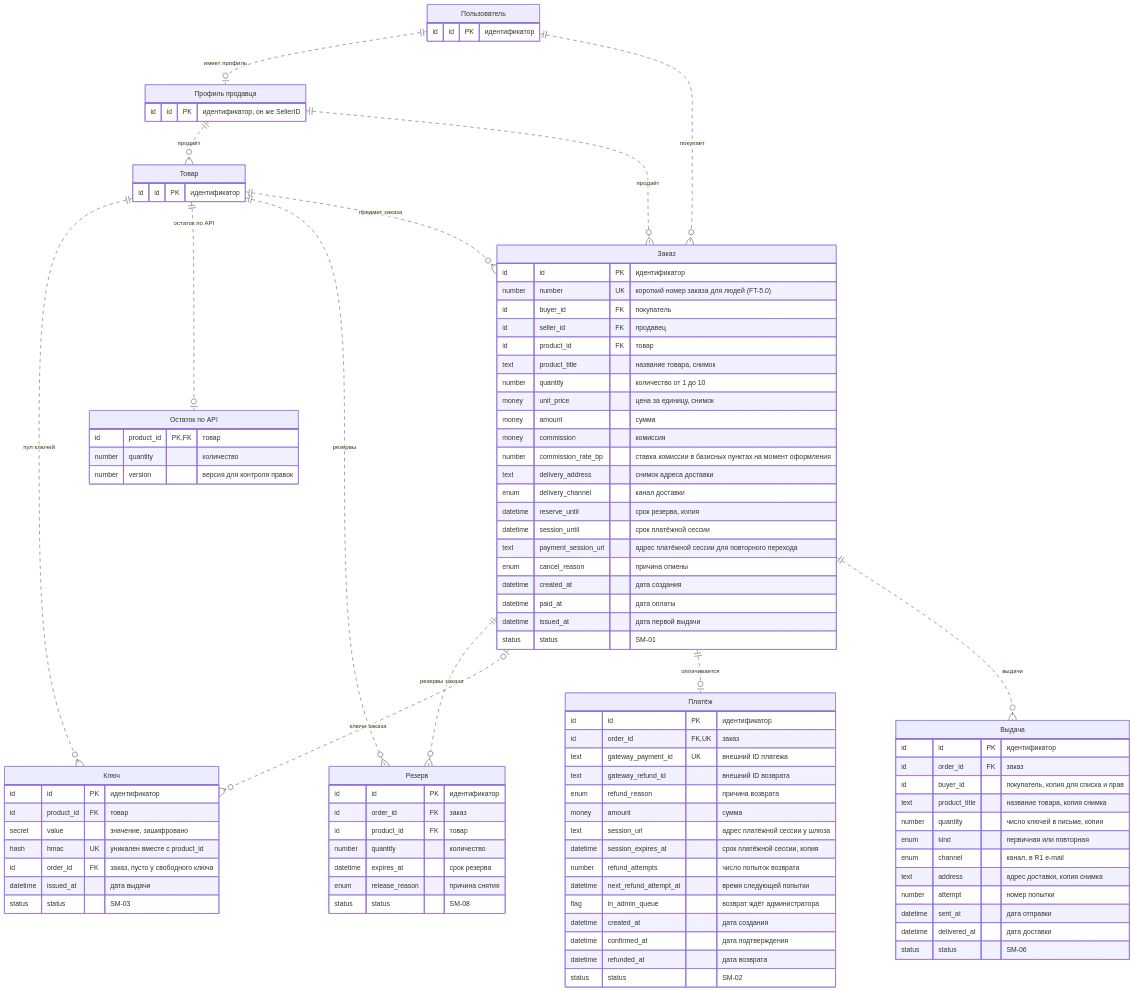
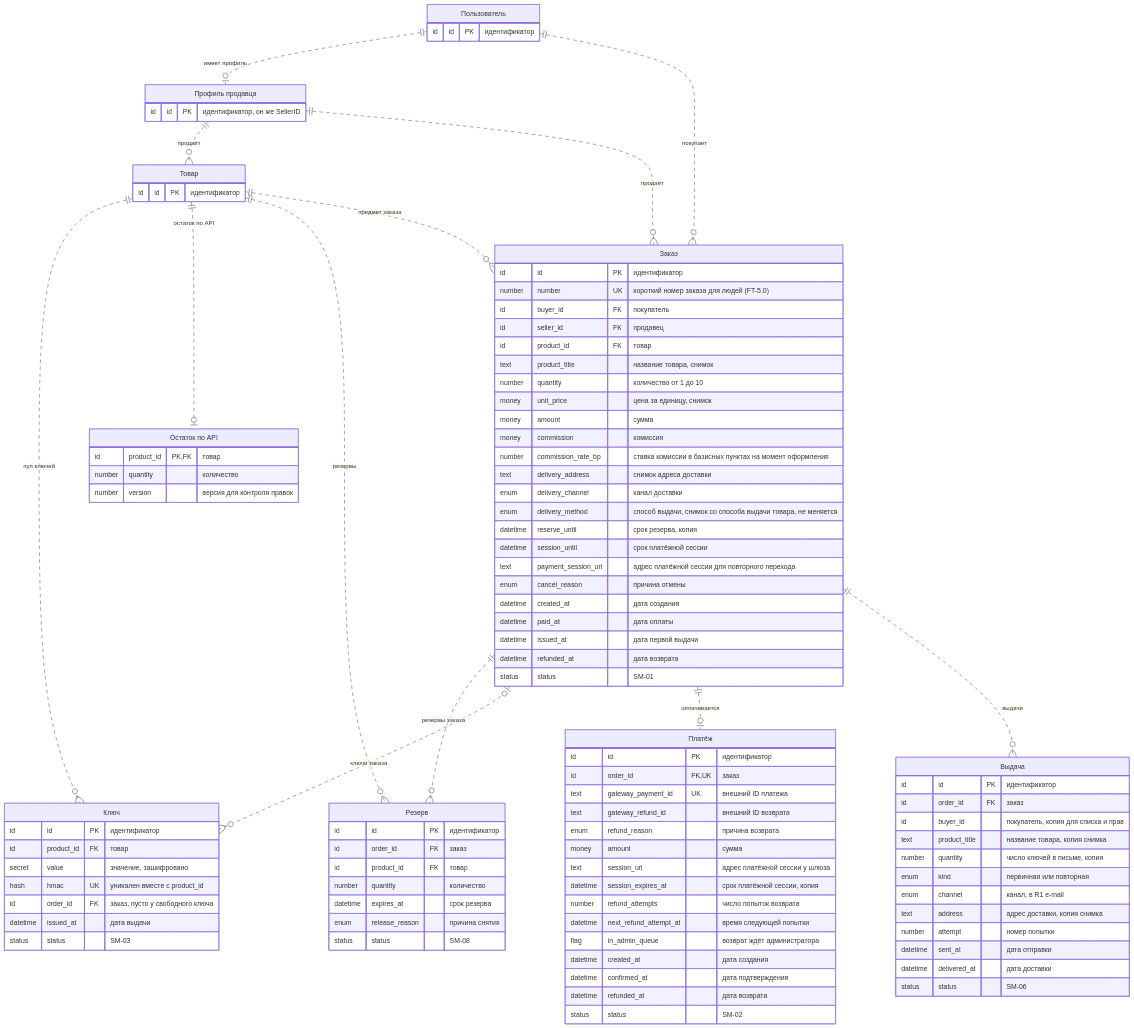
One commit to Lapin143/digital-goods-marketplace changed the third of 6 diagrams in docs/04-domain/logical-er.md. Above: the diagram before and after it, drawn with Mermaid. The commit also changed 6 other files, not shown here.

First line of the commit message:
feat(order-db): способ выдачи и время возврата в заказе (R2, шаг 11, часть 1)

```diff
--- a/docs/04-domain/logical-er.md
+++ b/docs/04-domain/logical-er.md
@@ -220,6 +220,7 @@
         number commission_rate_bp "ставка комиссии в базисных пунктах на момент оформления"
         text delivery_address "снимок адреса доставки"
         enum delivery_channel "канал доставки"
+        enum delivery_method "способ выдачи, снимок со способа выдачи товара, не меняется"
         datetime reserve_until "срок резерва, копия"
         datetime session_until "срок платёжной сессии"
         text payment_session_url "адрес платёжной сессии для повторного перехода"
@@ -227,6 +228,7 @@
         datetime created_at "дата создания"
         datetime paid_at "дата оплаты"
         datetime issued_at "дата первой выдачи"
+        datetime refunded_at "дата возврата"
         status status "SM-01"
     }
     PAYMENT["Платёж"] {
```
